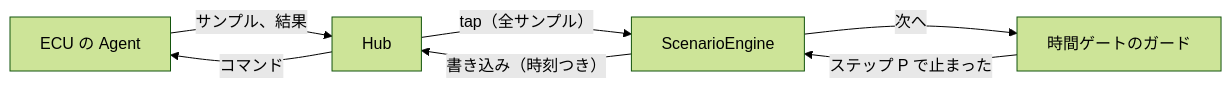
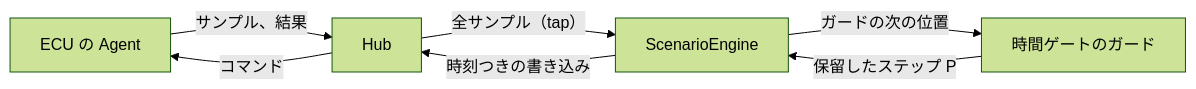
One commit to rahanahu/vehicle-sil changed the second of 2 diagrams in docs/internals/control.md. Above: the diagram before and after it, drawn with Mermaid (forest theme). The commit also changed other lines of this file and 7 other files, not shown here.

````diff
--- a/docs/internals/control.md
+++ b/docs/internals/control.md
@@ -213,9 +881,9 @@
 ```mermaid
 flowchart LR
     ecu["ECU の Agent"] -- "サンプル、結果" --> hub["Hub"]
-    hub -- "tap（全サンプル）" --> engine["ScenarioEngine"]
-    engine -- "書き込み（時刻つき）" --> hub
+    hub -- "全サンプル（tap）" --> engine["ScenarioEngine"]
+    engine -- "時刻つきの書き込み" --> hub
     hub -- "コマンド" --> ecu
-    gate["時間ゲートのガード"] -- "ステップ P で止まった" --> engine
-    engine -- "次へ" --> gate
+    gate["時間ゲートのガード"] -- "保留したステップ P" --> engine
+    engine -- "ガードの次の位置" --> gate
 ```
````
